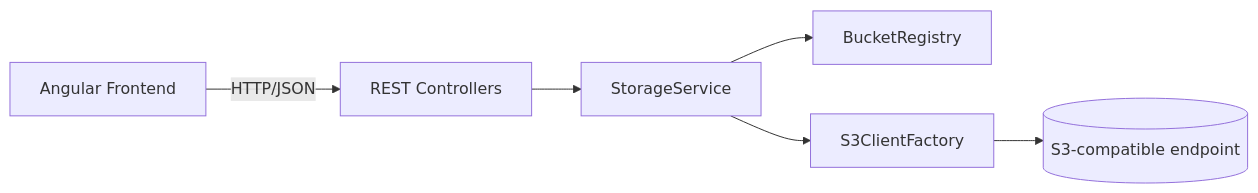
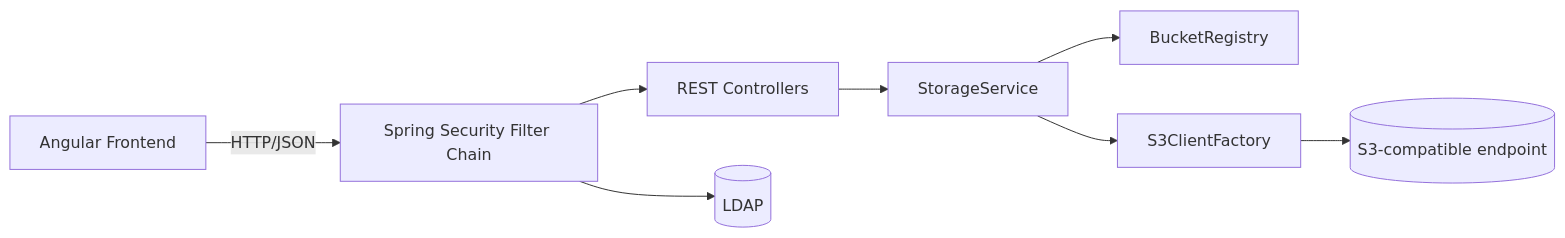
The diagram in docs/backend-architecture.md (kleash/s3-webapp), drawn with Mermaid before and after one commit. The commit also changed other lines of this file and 38 other files, not shown here.

````diff
--- a/docs/backend-architecture.md
+++ b/docs/backend-architecture.md
@@ -8,8 +8,10 @@
 ```mermaid
 flowchart LR
-  UI[Angular Frontend] -->|HTTP/JSON| Ctrl[REST Controllers]
+  UI[Angular Frontend] -->|HTTP/JSON| Sec[Spring Security Filter Chain]
+  Sec --> Ctrl[REST Controllers]
+  Sec --> LDAP[(LDAP)]
   Ctrl --> Service[StorageService]
   Service --> Registry[BucketRegistry]
   Service --> Factory[S3ClientFactory]
   Factory --> S3[(S3-compatible endpoint)]
 ```
````
